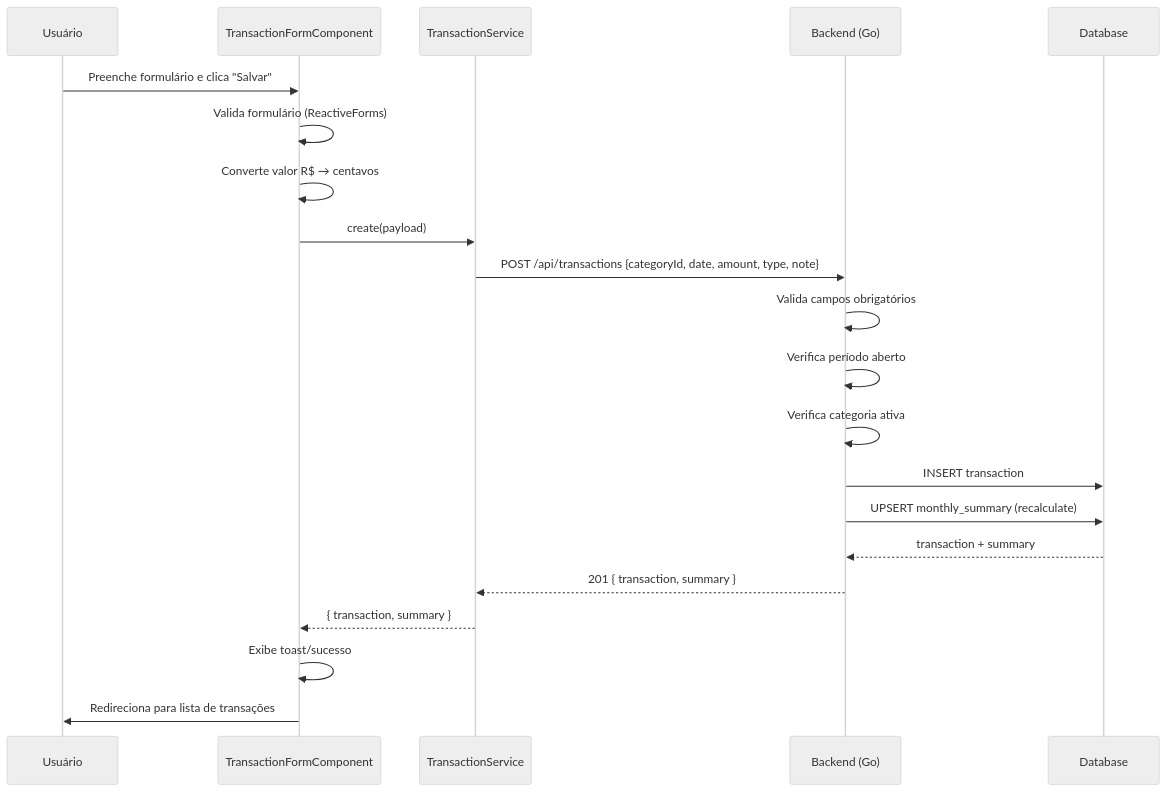
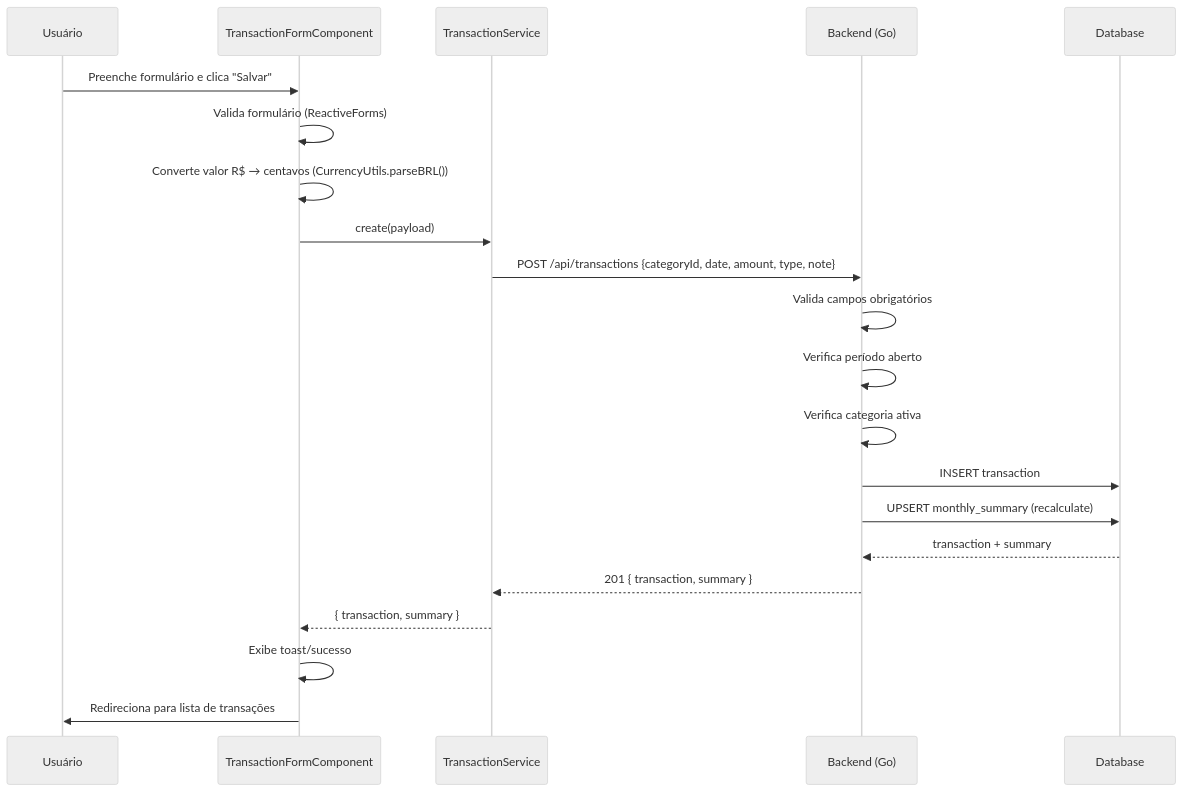
One commit to Chamoouske/finance-tracker changed the third of 3 diagrams in docs/frontend-architecture-angular.md. Above: the diagram before and after it, drawn with Mermaid (neutral theme). The commit also changed other lines of this file and 3 other files, not shown here.

````diff
--- a/docs/frontend-architecture-angular.md
+++ b/docs/frontend-architecture-angular.md
@@ -924,26 +1016,26 @@
 ```mermaid
 sequenceDiagram
     participant U as Usuário
     participant TF as TransactionFormComponent
     participant TS as TransactionService
     participant API as Backend (Go)
     participant DB as Database
-    
+
     U->>TF: Preenche formulário e clica "Salvar"
     TF->>TF: Valida formulário (ReactiveForms)
-    TF->>TF: Converte valor R$ → centavos
+    TF->>TF: Converte valor R$ → centavos (CurrencyUtils.parseBRL())
     TF->>TS: create(payload)
     TS->>API: POST /api/transactions {categoryId, date, amount, type, note}
-    
+
     API->>API: Valida campos obrigatórios
     API->>API: Verifica período aberto
     API->>API: Verifica categoria ativa
     API->>DB: INSERT transaction
     API->>DB: UPSERT monthly_summary (recalculate)
     DB-->>API: transaction + summary
     API-->>TS: 201 { transaction, summary }
-    
+
     TS-->>TF: { transaction, summary }
     TF->>TF: Exibe toast/sucesso
     TF->>U: Redireciona para lista de transações
 ```
````
